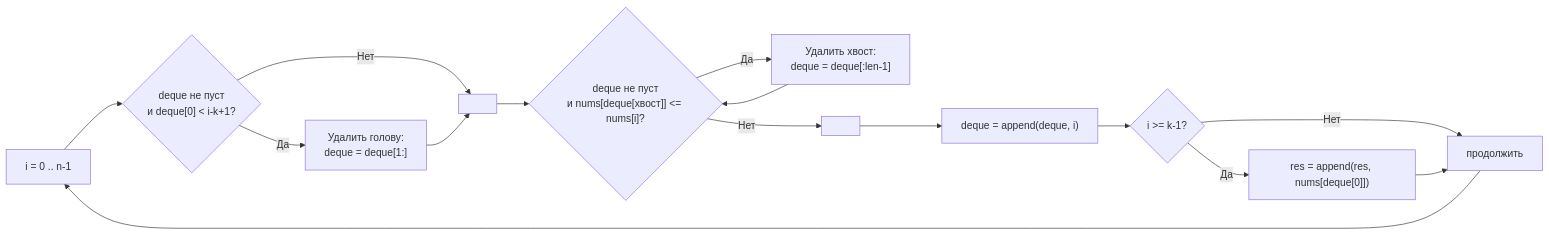
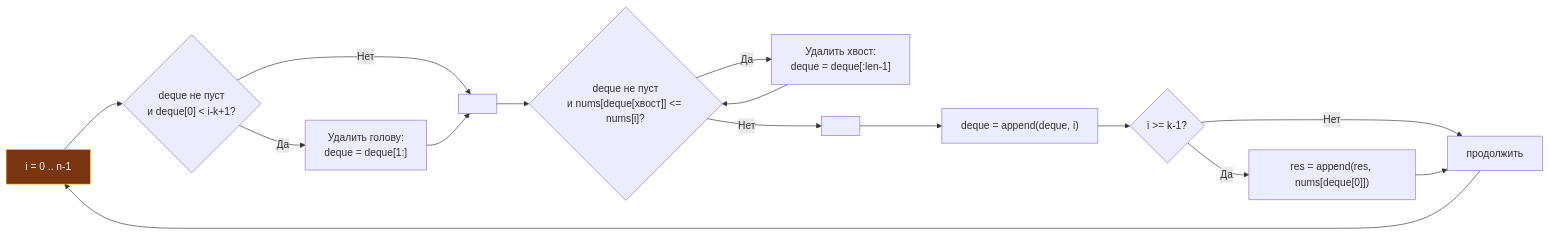
One commit to UnrealTemplier/go-textbook changed the diagram in sources/21. Задачи с LeetCode и собеседований на Go/02. Задачи/29. Сложные задачи/6. Sliding Window Maximum.md. Above: the diagram before and after it, drawn with Mermaid. The commit also changed 1666 other files, not shown here.

First line of the commit message:
feat(mermaid): add semantic color classDef to 1369 colorless flowchart/graph diagrams

````diff
--- a/sources/21. Задачи с LeetCode и собеседований на Go/02. Задачи/29. Сложные задачи/6. Sliding Window Maximum.md
+++ b/sources/21. Задачи с LeetCode и собеседований на Go/02. Задачи/29. Сложные задачи/6. Sliding Window Maximum.md
@@ -102,17 +102,27 @@
 ```mermaid
 flowchart LR
-    A["i = 0 .. n-1"] --> B{"deque не пуст<br>и deque[0] < i-k+1?"}
+    classDef process  fill:#1e293b,stroke:#38bdf8,stroke-width:1px,color:#f8fafc
+    classDef success  fill:#064e3b,stroke:#34d399,stroke-width:1px,color:#f8fafc
+    classDef error    fill:#7f1d1d,stroke:#f87171,stroke-width:1px,color:#f8fafc
+    classDef warning  fill:#78350f,stroke:#fbbf24,stroke-width:1px,color:#f8fafc
+    classDef entry    fill:#1e3a5f,stroke:#38bdf8,stroke-width:2px,color:#f8fafc
+    classDef aux      fill:#334155,stroke:#64748b,stroke-width:1px,color:#f8fafc
+    classDef system   fill:#312e81,stroke:#a78bfa,stroke-width:1px,color:#f8fafc
+    classDef data     fill:#132d29,stroke:#2dd4bf,stroke-width:1px,color:#f8fafc
+    classDef network  fill:#881337,stroke:#fb7185,stroke-width:1px,color:#f8fafc
+    classDef accent   fill:#1e1b4b,stroke:#818cf8,stroke-width:1px,color:#f8fafc
+    A["i = 0 .. n-1"]:::warning --> B{"deque не пуст<br>и deque[0] < i-k+1?"}
     B -->|"Да"| C["Удалить голову:<br>deque = deque[1:]"]
     B -->|"Нет"| D[" "]
     C --> D
     D --> E{"deque не пуст<br>и nums[deque[хвост]] <= nums[i]?"}
     E -->|"Да"| F["Удалить хвост:<br>deque = deque[:len-1]"]
     E -->|"Нет"| G[" "]
     F --> E
     G --> H["deque = append(deque, i)"]
     H --> I{"i >= k-1?"}
     I -->|"Да"| J["res = append(res, nums[deque[0]])"]
     I -->|"Нет"| K["продолжить"]
     J --> K
     K --> A
 ```
````
